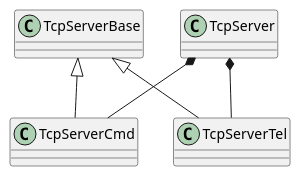
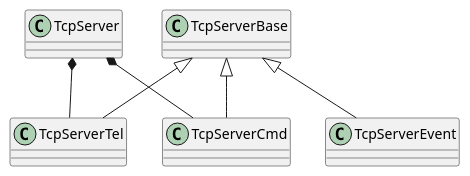
Before and after one commit to pcortes80/plantuml_markdown_integration: the diagram in sample-class.puml, drawn with PlantUML.

Commit message:
Add new class

```diff
--- a/sample-class.puml
+++ b/sample-class.puml
@@ -1,6 +1,7 @@
 @startuml
 TcpServerBase <|-- TcpServerCmd
 TcpServerBase <|-- TcpServerTel
+TcpServerBase <|-- TcpServerEvent
 TcpServer *-- TcpServerCmd
 TcpServer *-- TcpServerTel
 @enduml
```
